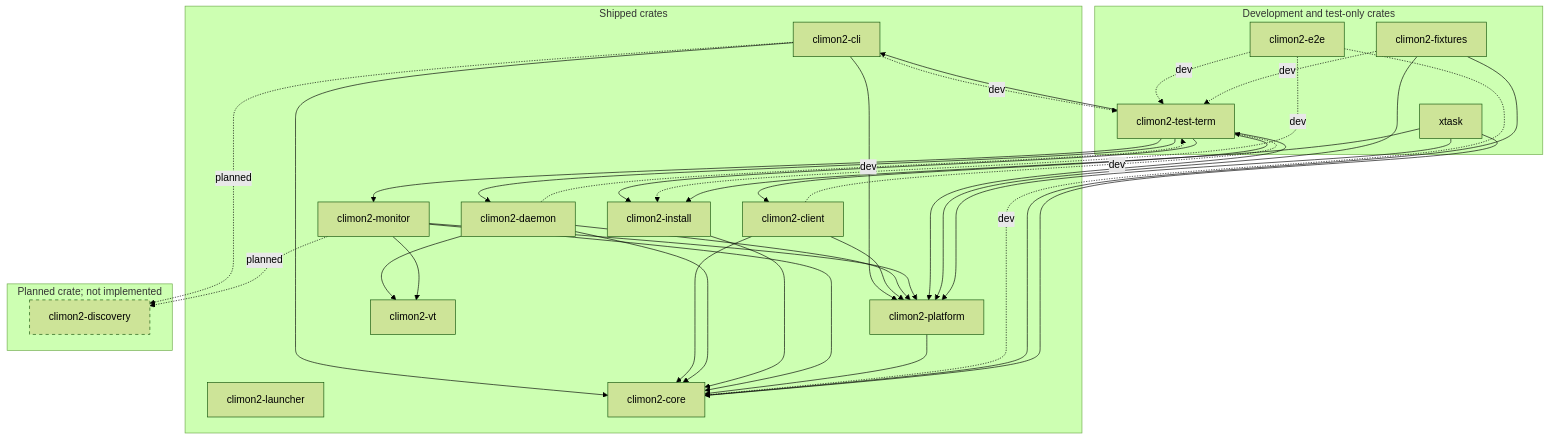
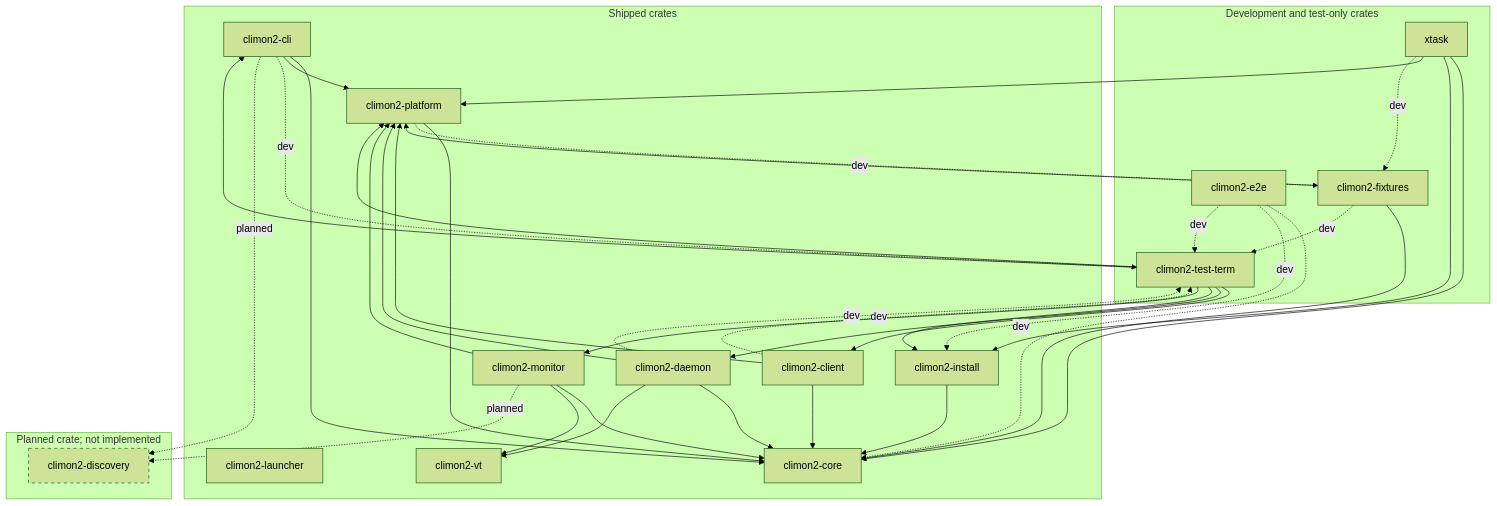
Before and after one commit to jackgeek/climon2: the diagram in docs/crate-relationships.md, drawn with Mermaid (forest theme). The commit also changed other lines of this file and 6 other files, not shown here.

````diff
--- a/docs/crate-relationships.md
+++ b/docs/crate-relationships.md
@@ -10,60 +10,62 @@
 ```mermaid
 flowchart TB
     subgraph shipped["Shipped crates"]
         launcher["climon2-launcher"]
         cli["climon2-cli"]
         client["climon2-client"]
         daemon["climon2-daemon"]
         install["climon2-install"]
         monitor["climon2-monitor"]
         platform["climon2-platform"]
         core["climon2-core"]
         vt["climon2-vt"]
 
         cli --> core
         cli --> platform
         client --> core
         client --> platform
         daemon --> core
         daemon --> platform
         daemon --> vt
         install --> core
         monitor --> core
         monitor --> platform
         monitor --> vt
         platform --> core
     end
 
     subgraph development["Development and test-only crates"]
         test_term["climon2-test-term"]
         e2e["climon2-e2e"]
         fixtures["climon2-fixtures"]
         xtask["xtask"]
     end
 
     cli -.->|"dev"| test_term
     client -.->|"dev"| test_term
     daemon -.->|"dev"| test_term
     test_term --> cli
     test_term --> client
     test_term --> daemon
     test_term --> install
     test_term --> monitor
     test_term --> platform
     e2e -.->|"dev"| core
     e2e -.->|"dev"| install
     e2e -.->|"dev"| test_term
     fixtures --> core
     fixtures --> platform
     fixtures -.->|"dev"| test_term
+    platform -.->|"dev"| fixtures
     xtask --> core
     xtask --> install
     xtask --> platform
+    xtask -.->|"dev"| fixtures
 
     subgraph planned["Planned crate; not implemented"]
         discovery["climon2-discovery"]
     end
     cli -.->|"planned"| discovery
     monitor -.->|"planned"| discovery
     style discovery stroke-dasharray: 5 5
 ```
````
